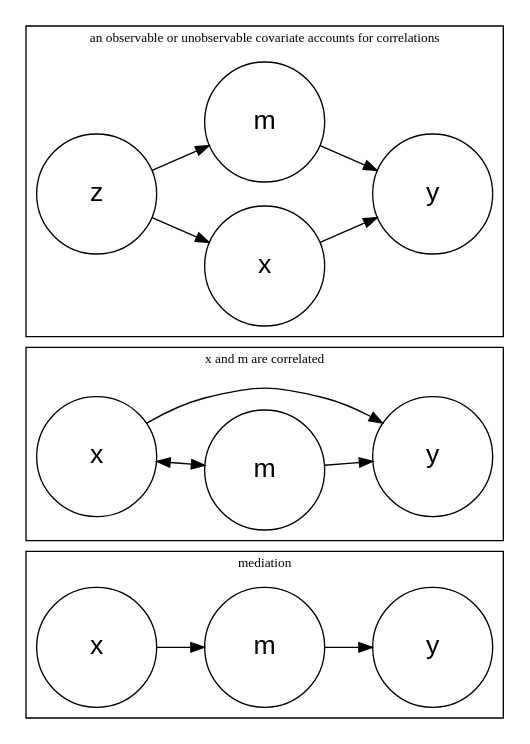
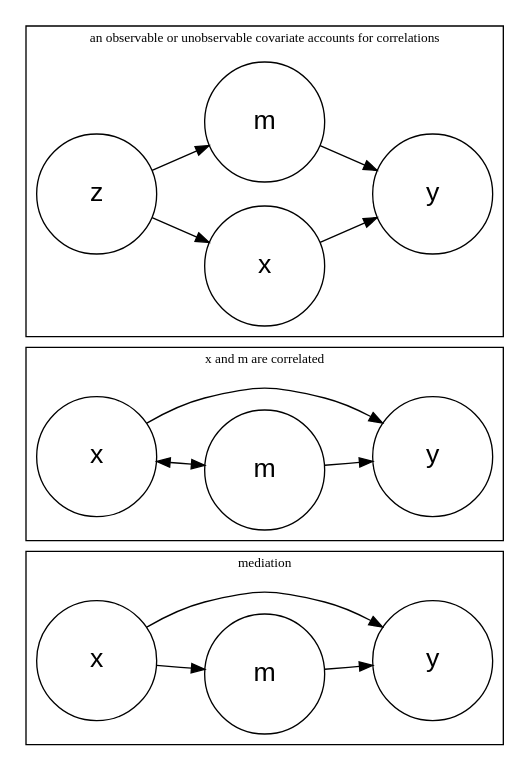
One commit to agrogan1/teaching changed the diagram in mediation/mediation-vs-confounding.gv. Above: the diagram before and after it, drawn with Graphviz. The commit also changed 4 other files, not shown here.

```diff
--- a/mediation/mediation-vs-confounding.gv
+++ b/mediation/mediation-vs-confounding.gv
@@ -1,66 +1,67 @@
 digraph boxes_and_circles {
 
   # a 'graph' statement
   graph [overlap = true, 
         fontsize = 10,
         rankdir = LR]
 
   # several 'node' statements
   node [shape = box,
         fontname = Helvetica]
 
   node [shape = circle,
         fontsize = 20,
         fixedsize = true,
         width = 1.25] // sets as circles
 
   x1 [label = "x"]
   
   x2 [label = "x"]
   
   x3 [label = "x"]
 
   m1 [label = "m"]
 
   m2 [label = "m"]
 
   m3 [label = "m"]
 
   y1 [label = "y"]
   
   y2 [label = "y"]
   
   y3 [label = "y"]
 
   # several 'edge' statements
   
  	subgraph cluster_1 {
  	
  	label = "mediation";
  
-  x1 -> m1
-  m1 -> y1
+  x1 -> m1 
+  m1 -> y1 
+  x1 -> y1 
   
  	}  
  	
  	subgraph cluster_2 {
  	  
  	label = "x and m are correlated";
   
   x2 -> m2 [dir=both]
   x2 -> y2
   m2 -> y2
   
  	}
   
 	subgraph cluster_3 {
 	  
   label = "an observable or unobservable covariate accounts for correlations";
   
   x3 -> y3
   m3 -> y3
   z -> x3
   z -> m3
   
 	}
 }
```
